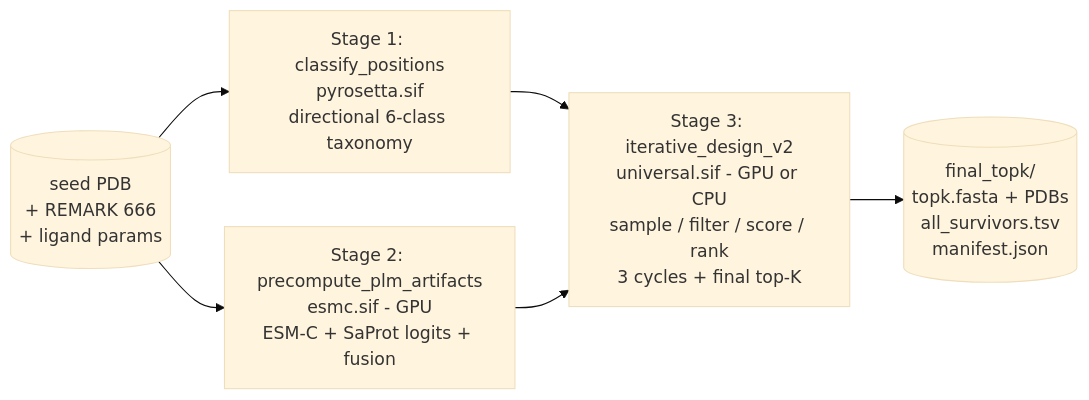
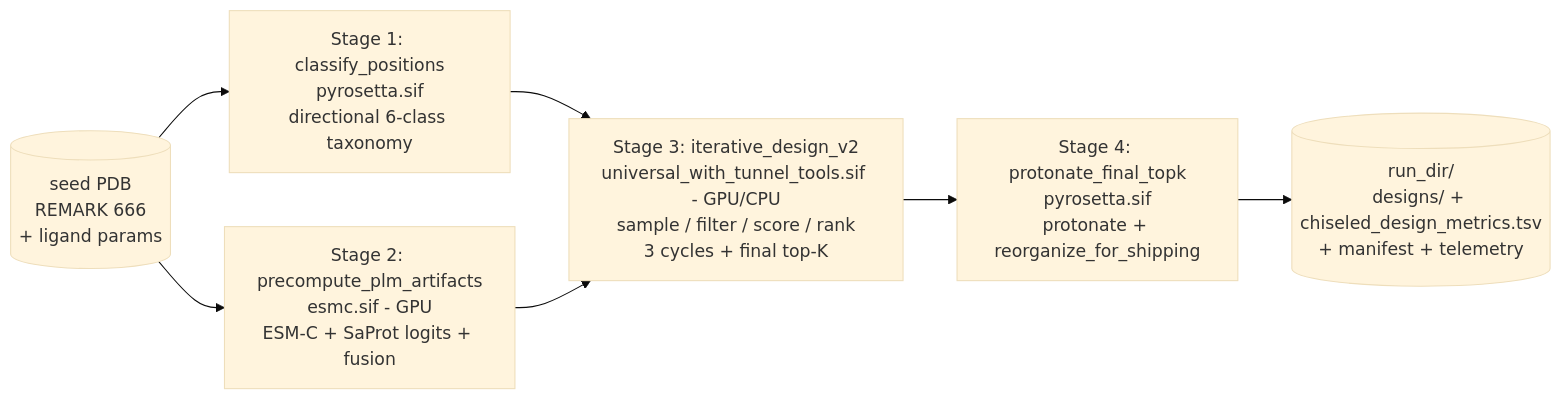
Before and after one commit to SethWoodbury/protein_chisel: the diagram in README.md, drawn with Mermaid (base theme). The commit also changed other lines of this file and 1 other file, not shown here.

````diff
--- a/README.md
+++ b/README.md
@@ -40,9 +145,10 @@
 ```mermaid
 flowchart LR
-    seed[(seed PDB<br/>+ REMARK 666<br/>+ ligand params)]
+    seed[(seed PDB<br/>REMARK 666<br/>+ ligand params)]
     seed --> S1[Stage 1: classify_positions<br/>pyrosetta.sif<br/>directional 6-class taxonomy]
     seed --> S2[Stage 2: precompute_plm_artifacts<br/>esmc.sif - GPU<br/>ESM-C + SaProt logits + fusion]
     S1 --> S3
-    S2 --> S3[Stage 3: iterative_design_v2<br/>universal.sif - GPU or CPU<br/>sample / filter / score / rank<br/>3 cycles + final top-K]
-    S3 --> out[(final_topk/<br/>topk.fasta + PDBs<br/>all_survivors.tsv<br/>manifest.json)]
+    S2 --> S3[Stage 3: iterative_design_v2<br/>universal_with_tunnel_tools.sif - GPU/CPU<br/>sample / filter / score / rank<br/>3 cycles + final top-K]
+    S3 --> S4[Stage 4: protonate_final_topk<br/>pyrosetta.sif<br/>protonate + reorganize_for_shipping]
+    S4 --> out[(run_dir/<br/>designs/ + chiseled_design_metrics.tsv<br/>+ manifest + telemetry)]
 ```
````
